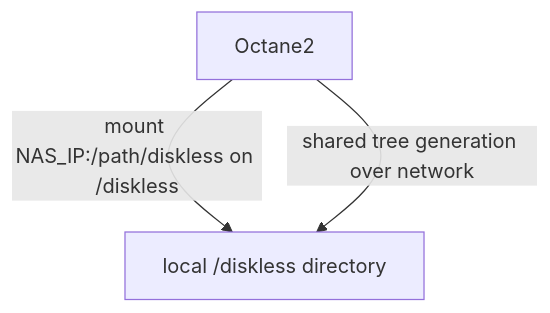
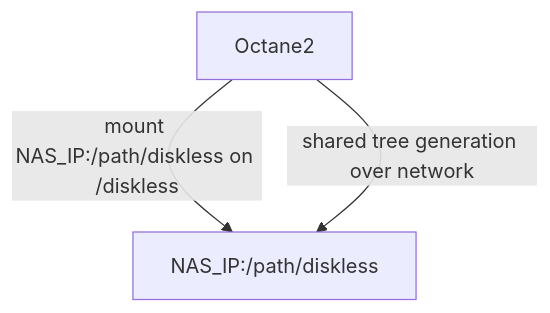
The third of 3 diagrams in README.md (Linux-RISC/IRIX-diskless-workstation), drawn with Mermaid before and after one commit. The commit also changed other lines of this file, not shown here.

````diff
--- a/README.md
+++ b/README.md
@@ -76,5 +76,5 @@
 ```mermaid
 graph TD;
-    Octane2--mount NAS_IP:/path/diskless on /diskless-->B[local /diskless directory];
-    Octane2--shared tree generation over network-->B[local /diskless directory];
+    Octane2--mount NAS_IP:/path/diskless on /diskless-->B[NAS_IP:/path/diskless];
+    Octane2--shared tree generation over network-->B[NAS_IP:/path/diskless];
 ```
````
